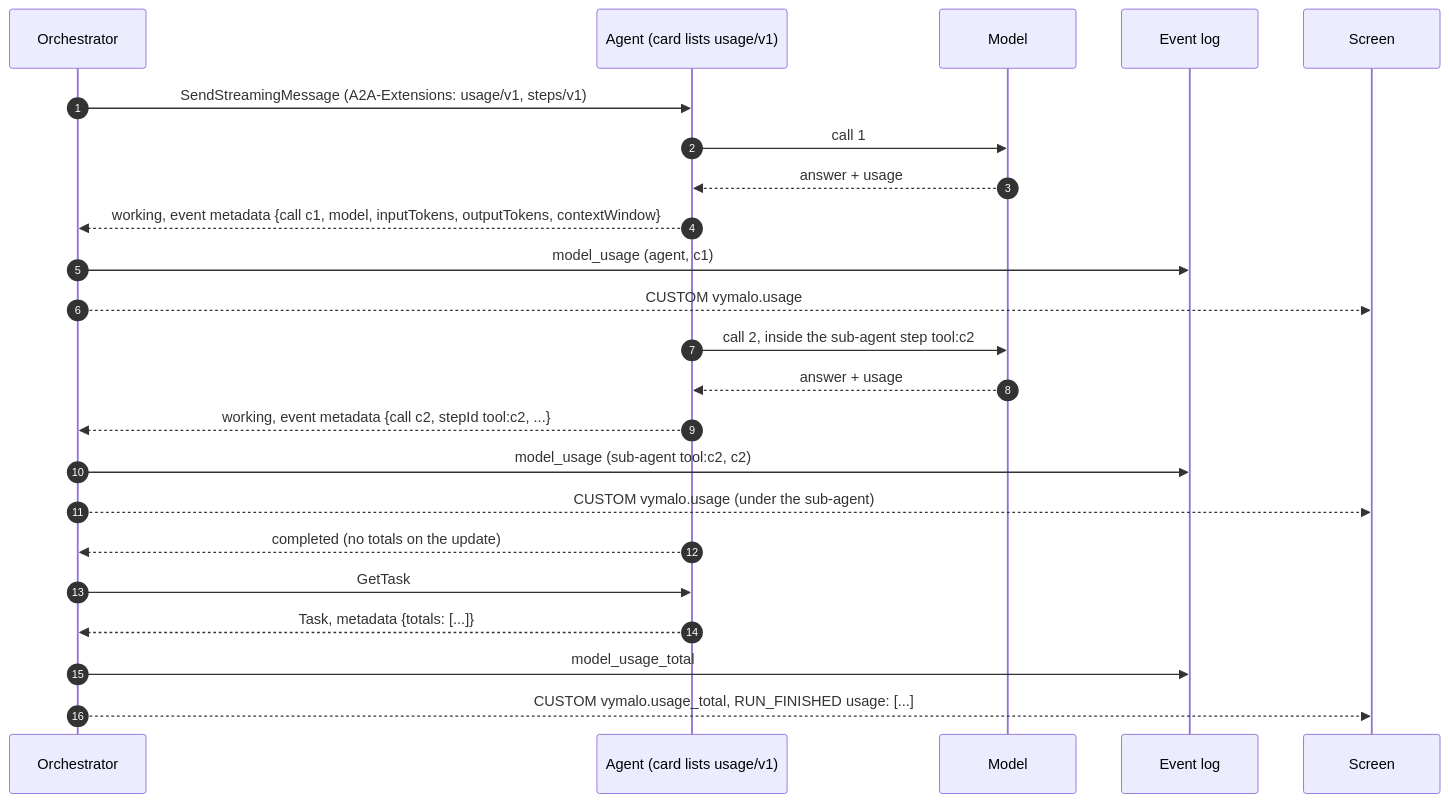
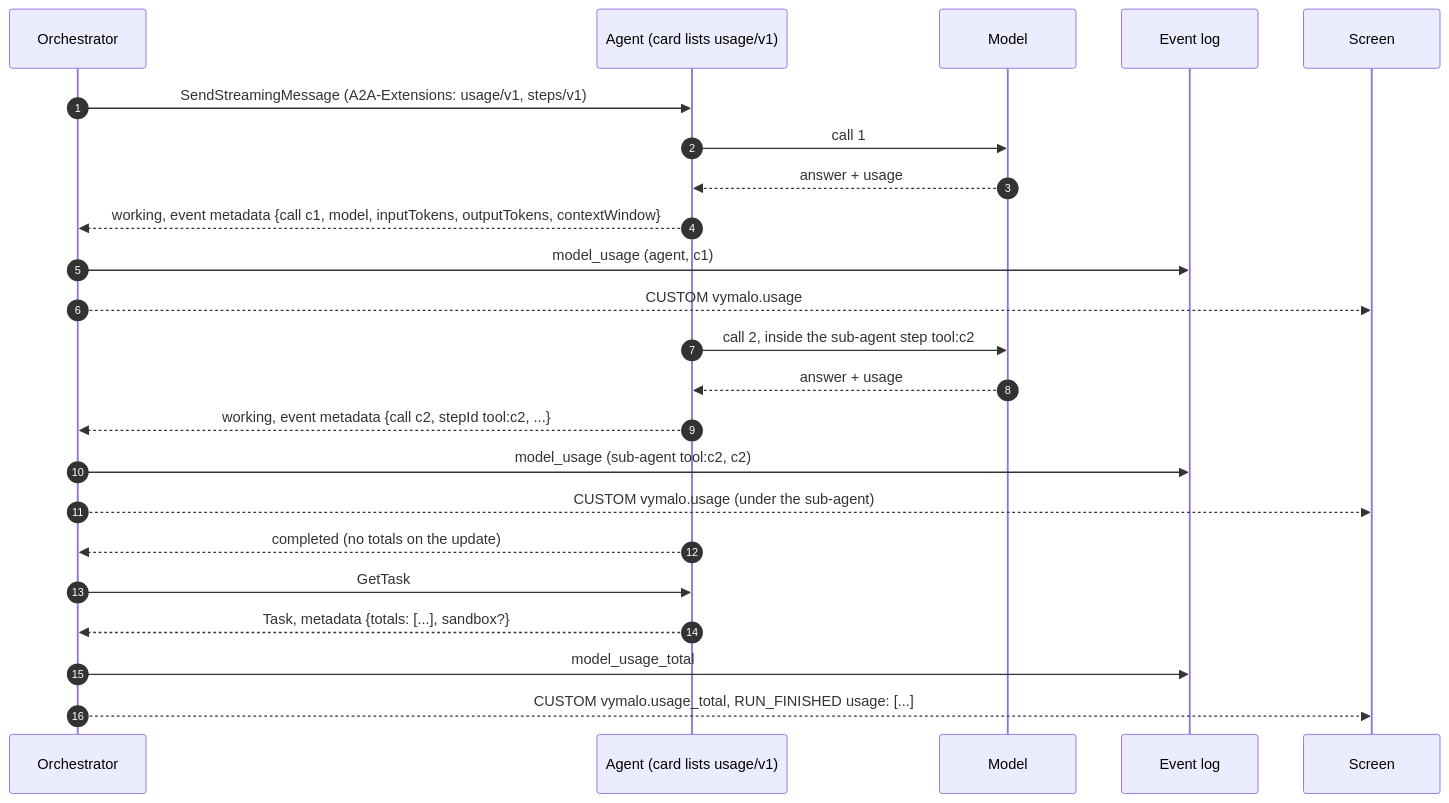
Before and after one commit to vymalo/another-agentic-system: the diagram in docs/api/usage-v1.md, drawn with Mermaid. The commit also changed other lines of this file and 41 other files, not shown here.

First line of the commit message:
feat(usage): read and log the sandbox time a task reports in usage/v1 (#302)

````diff
--- a/docs/api/usage-v1.md
+++ b/docs/api/usage-v1.md
@@ -34,26 +40,26 @@
 ```mermaid
 sequenceDiagram
   autonumber
   participant O as Orchestrator
   participant A as Agent (card lists usage/v1)
   participant M as Model
   participant L as Event log
   participant W as Screen
 
   O->>A: SendStreamingMessage (A2A-Extensions: usage/v1, steps/v1)
   A->>M: call 1
   M-->>A: answer + usage
   A-->>O: working, event metadata {call c1, model, inputTokens, outputTokens, contextWindow}
   O->>L: model_usage (agent, c1)
   O-->>W: CUSTOM vymalo.usage
   A->>M: call 2, inside the sub-agent step tool:c2
   M-->>A: answer + usage
   A-->>O: working, event metadata {call c2, stepId tool:c2, ...}
   O->>L: model_usage (sub-agent tool:c2, c2)
   O-->>W: CUSTOM vymalo.usage (under the sub-agent)
   A-->>O: completed (no totals on the update)
   O->>A: GetTask
-  A-->>O: Task, metadata {totals: [...]}
+  A-->>O: Task, metadata {totals: [...], sandbox?}
   O->>L: model_usage_total
   O-->>W: CUSTOM vymalo.usage_total, RUN_FINISHED usage: [...]
 ```
````
